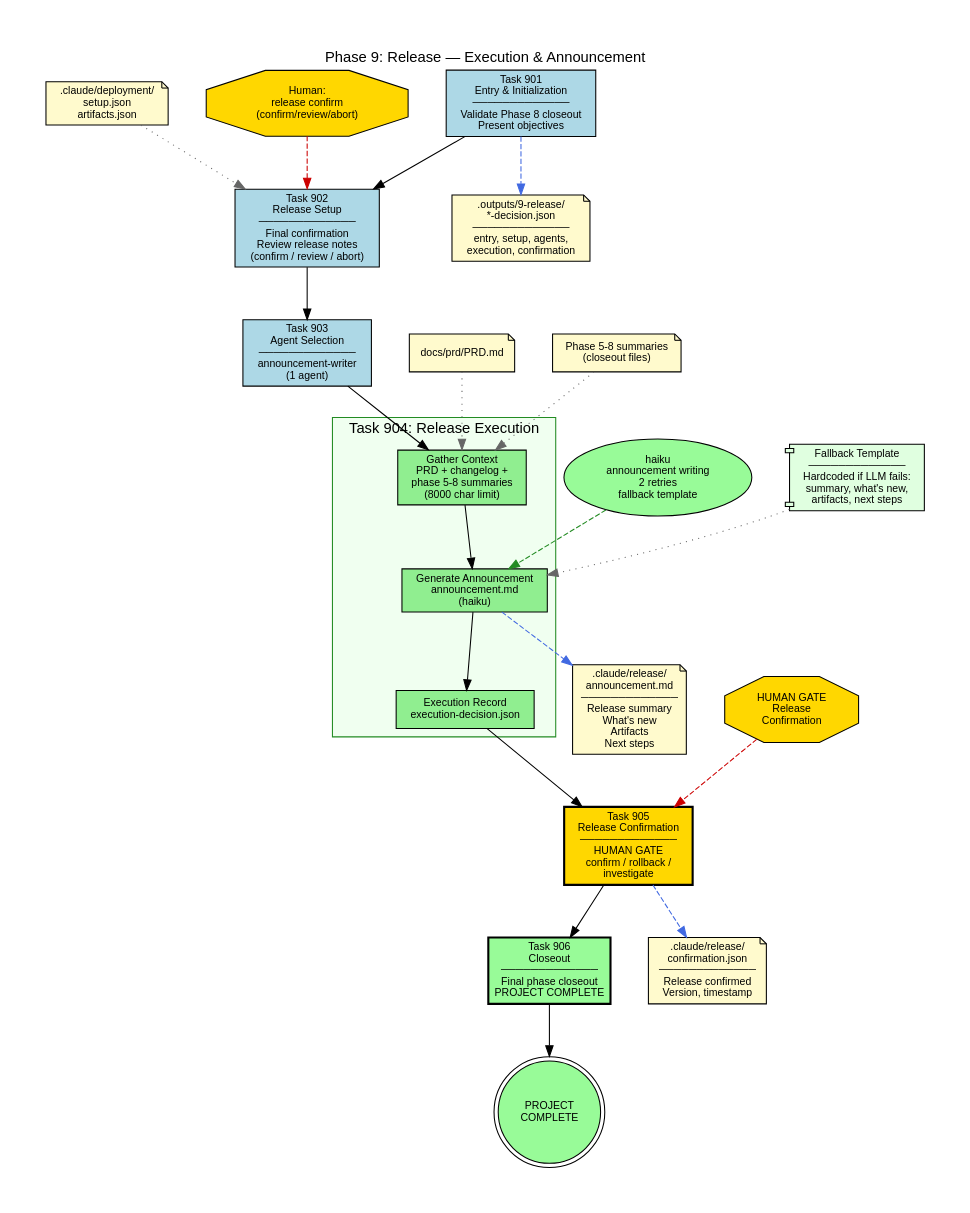
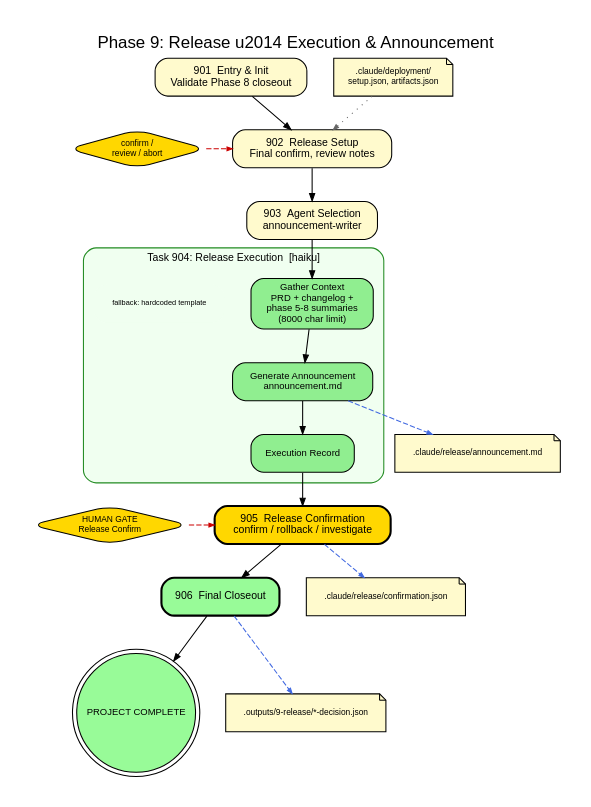
Before and after one commit to turbobeest/atomic-claude: the diagram in dev/docs/diagrams/10-phase-09-release.dot, drawn with Graphviz. The commit also changed 21 other files, not shown here.

First line of the commit message:
Clean up all 12 architecture diagrams for readability

```diff
--- a/dev/docs/diagrams/10-phase-09-release.dot
+++ b/dev/docs/diagrams/10-phase-09-release.dot
@@ -1,83 +1,78 @@
 // Phase 9: Release — Task Flow
-// Internal release execution, announcement generation, project completion
 // Generated: 2026-03-01 from codebase analysis
 
 digraph phase_09_release {
     rankdir=TB
     fontname="Helvetica"
-    fontsize=14
-    label="Phase 9: Release — Execution & Announcement"
+    fontsize=16
+    label="Phase 9: Release \u2014 Execution & Announcement"
     labelloc=t
-    pad=0.5
-    nodesep=0.5
-    ranksep=0.7
+    labeljust=c
+    pad=0.3
+    nodesep=0.35
+    ranksep=0.45
+    splines=true
+    bgcolor=white
 
-    node [fontname="Helvetica", fontsize=10, style=filled, shape=box]
-    edge [fontname="Helvetica", fontsize=9]
+    node [fontname="Helvetica", fontsize=10, style="filled,rounded", shape=box, margin="0.12,0.06"]
+    edge [fontname="Helvetica", fontsize=8, arrowsize=0.7]
 
-    // Tasks
-    t901 [label="Task 901\nEntry & Initialization\n─────────────\nValidate Phase 8 closeout\nPresent objectives", fillcolor="#ADD8E6"]
-    t902 [label="Task 902\nRelease Setup\n─────────────\nFinal confirmation\nReview release notes\n(confirm / review / abort)", fillcolor="#ADD8E6"]
-    t903 [label="Task 903\nAgent Selection\n─────────────\nannouncement-writer\n(1 agent)", fillcolor="#ADD8E6"]
+    // ── Task spine ──
+    t901 [label="901  Entry & Init\nValidate Phase 8 closeout", fillcolor="#FFFACD"]
+    t902 [label="902  Release Setup\nFinal confirm, review notes", fillcolor="#FFFACD"]
+    t903 [label="903  Agent Selection\nannouncement-writer", fillcolor="#FFFACD"]
 
-    // Execution cluster
+    t901 -> t902 -> t903
+
+    // ── Execution ──
     subgraph cluster_exec {
-        label="Task 904: Release Execution"
-        style=filled
+        label="Task 904: Release Execution  [haiku]"
+        labeljust=c
+        fontsize=10
+        style="filled,rounded"
+        color="#228B22"
         fillcolor="#F0FFF0"
-        color="#228B22"
+        margin=10
 
-        context [label="Gather Context\nPRD + changelog +\nphase 5-8 summaries\n(8000 char limit)", shape=box, fillcolor="#90EE90"]
-        announce [label="Generate Announcement\nannouncement.md\n(haiku)", shape=box, fillcolor="#90EE90"]
-        record [label="Execution Record\nexecution-decision.json", shape=box, fillcolor="#90EE90"]
+        node [fontsize=9]
+        ctx [label="Gather Context\nPRD + changelog +\nphase 5-8 summaries\n(8000 char limit)", fillcolor="#90EE90"]
+        announce [label="Generate Announcement\nannouncement.md", fillcolor="#90EE90"]
+        record [label="Execution Record", fillcolor="#90EE90"]
 
-        context -> announce -> record
+        ctx -> announce -> record
+
+        fallback [label="fallback: hardcoded template", shape=plaintext, fontsize=7, fillcolor="#F0FFF0"]
     }
 
-    t905 [label="Task 905\nRelease Confirmation\n─────────────\nHUMAN GATE\nconfirm / rollback /\ninvestigate", fillcolor="#FFD700", style="filled,bold"]
-    t906 [label="Task 906\nCloseout\n─────────────\nFinal phase closeout\nPROJECT COMPLETE", fillcolor="#98FB98", style="filled,bold"]
+    // ── Post-execution ──
+    t905 [label="905  Release Confirmation\nconfirm / rollback / investigate", fillcolor="#FFD700", style="filled,rounded,bold"]
+    t906 [label="906  Final Closeout", fillcolor="#98FB98", style="filled,rounded,bold"]
+    done [label="PROJECT COMPLETE", shape=doublecircle, fillcolor="#98FB98", fontsize=9, width=0.9]
 
-    t901 -> t902 -> t903 -> context [lhead=cluster_exec]
-    record -> t905 -> t906
+    t903 -> ctx [lhead=cluster_exec]
+    record -> t905 -> t906 -> done
 
-    // Inputs
-    node [shape=note, fillcolor="#FFFACD"]
-    i_deploy [label=".claude/deployment/\nsetup.json\nartifacts.json"]
-    i_prd [label="docs/prd/PRD.md"]
-    i_phases [label="Phase 5-8 summaries\n(closeout files)"]
-    i_deploy -> t902 [style=dotted, color="#666666"]
-    i_prd -> context [style=dotted, color="#666666"]
-    i_phases -> context [style=dotted, color="#666666"]
+    // ── Human gates ──
+    node [shape=diamond, fillcolor="#FFD700", fontsize=8, margin="0.08,0.04"]
+    h_setup [label="confirm /\nreview / abort"]
+    h_release [label="HUMAN GATE\nRelease Confirm"]
+    h_setup -> t902 [style=dashed, color="#CC0000", arrowsize=0.5]
+    h_release -> t905 [style=dashed, color="#CC0000", arrowsize=0.5]
+    {rank=same; t902; h_setup}
+    {rank=same; t905; h_release}
 
-    // LLM
-    node [shape=oval, fillcolor="#98FB98"]
-    llm [label="haiku\nannouncement writing\n2 retries\nfallback template"]
-    llm -> announce [style=dashed, color="#228B22"]
+    // ── Inputs ──
+    node [shape=note, fillcolor="#FFFACD", fontsize=8]
+    i_deploy [label=".claude/deployment/\nsetup.json, artifacts.json"]
+    i_deploy -> t902 [style=dotted, color="#666666", arrowsize=0.5]
 
-    // Fallback
-    node [shape=component, fillcolor="#E0FFE0"]
-    fallback [label="Fallback Template\n─────────────\nHardcoded if LLM fails:\nsummary, what's new,\nartifacts, next steps"]
-    fallback -> announce [style=dotted, color="#666666"]
+    // ── Outputs ──
+    node [shape=note, fillcolor="#FFFACD", fontsize=8, margin="0.08,0.04"]
+    o_announce [label=".claude/release/announcement.md"]
+    o_confirm [label=".claude/release/confirmation.json"]
+    o_decisions [label=".outputs/9-release/*-decision.json"]
 
-    // Outputs
-    node [shape=note, fillcolor="#FFFACD"]
-    o_announce [label=".claude/release/\nannouncement.md\n─────────────\nRelease summary\nWhat's new\nArtifacts\nNext steps"]
-    o_confirm [label=".claude/release/\nconfirmation.json\n─────────────\nRelease confirmed\nVersion, timestamp"]
-    o_decisions [label=".outputs/9-release/\n*-decision.json\n─────────────\nentry, setup, agents,\nexecution, confirmation"]
-
-    announce -> o_announce [style=dashed, color="#4169E1"]
-    t905 -> o_confirm [style=dashed, color="#4169E1"]
-    t901 -> o_decisions [style=dashed, color="#4169E1"]
-
-    // Human gates
-    node [shape=octagon, fillcolor="#FFD700"]
-    h902 [label="Human:\nrelease confirm\n(confirm/review/abort)"]
-    h905 [label="HUMAN GATE\nRelease\nConfirmation"]
-    h902 -> t902 [style=dashed, color="#CC0000"]
-    h905 -> t905 [style=dashed, color="#CC0000"]
-
-    // Terminal
-    node [shape=doublecircle, fillcolor="#98FB98"]
-    done [label="PROJECT\nCOMPLETE"]
-    t906 -> done
+    announce -> o_announce [style=dashed, color="#4169E1", arrowsize=0.5]
+    t905 -> o_confirm [style=dashed, color="#4169E1", arrowsize=0.5]
+    t906 -> o_decisions [style=dashed, color="#4169E1", arrowsize=0.5]
 }
```
